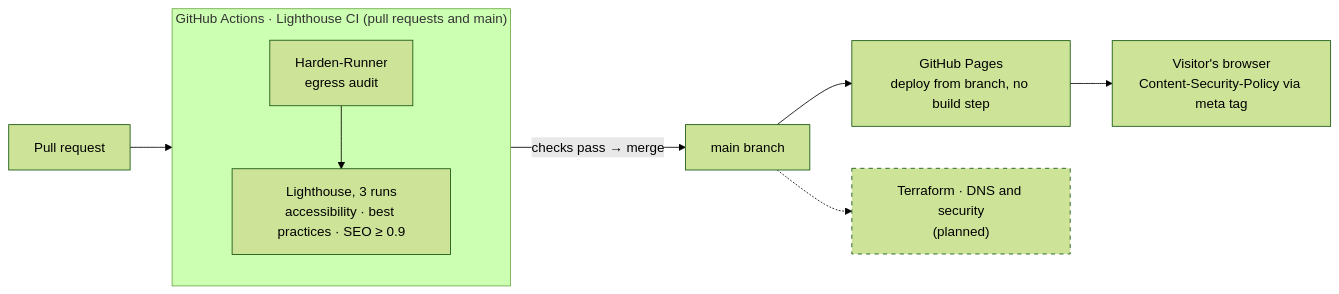
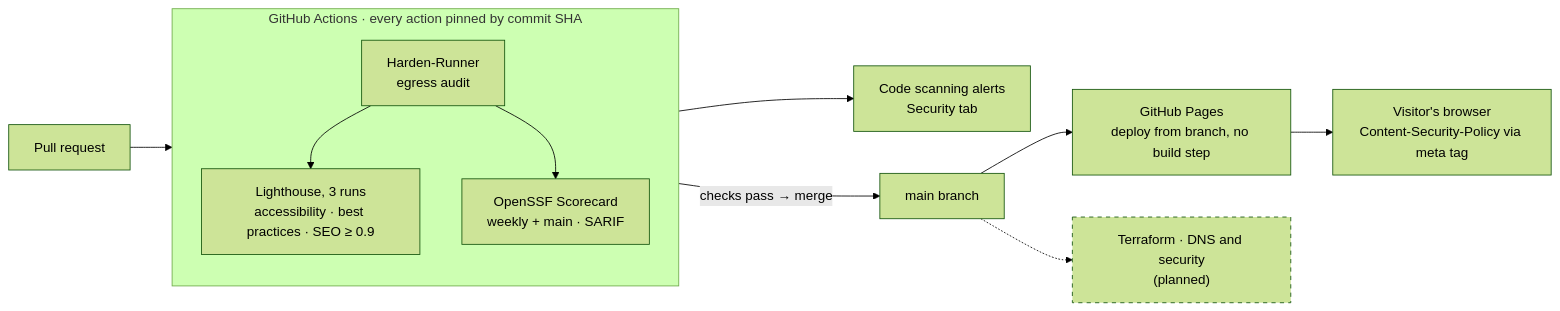
Before and after one commit to juanberrio0399/juanberrio0399.github.io: the first of 3 diagrams in README.md, drawn with Mermaid (forest theme). The commit also changed other lines of this file and 4 other files, not shown here.

First line of the commit message:
ci(security): add OpenSSF Scorecard, Dependabot and a security policy (#37)

````diff
--- a/README.md
+++ b/README.md
@@ -21,14 +22,16 @@
 ```mermaid
 flowchart LR
-  PR["Pull request"] --> LH
-  subgraph CI["GitHub Actions · Lighthouse CI (pull requests and main)"]
+  PR["Pull request"] --> HR
+  subgraph CI["GitHub Actions · every action pinned by commit SHA"]
     direction TB
     HR["Harden-Runner<br/>egress audit"] --> LH["Lighthouse, 3 runs<br/>accessibility · best practices · SEO ≥ 0.9"]
+    HR --> SC["OpenSSF Scorecard<br/>weekly + main · SARIF"]
   end
+  SC --> CS["Code scanning alerts<br/>Security tab"]
   LH -->|"checks pass → merge"| MAIN["main branch"]
   MAIN --> PAGES["GitHub Pages<br/>deploy from branch, no build step"]
   PAGES --> USER["Visitor's browser<br/>Content-Security-Policy via meta tag"]
   MAIN -.-> TF["Terraform · DNS and security<br/>(planned)"]
   classDef planned stroke-dasharray: 5 5
   class TF planned
 ```
````
